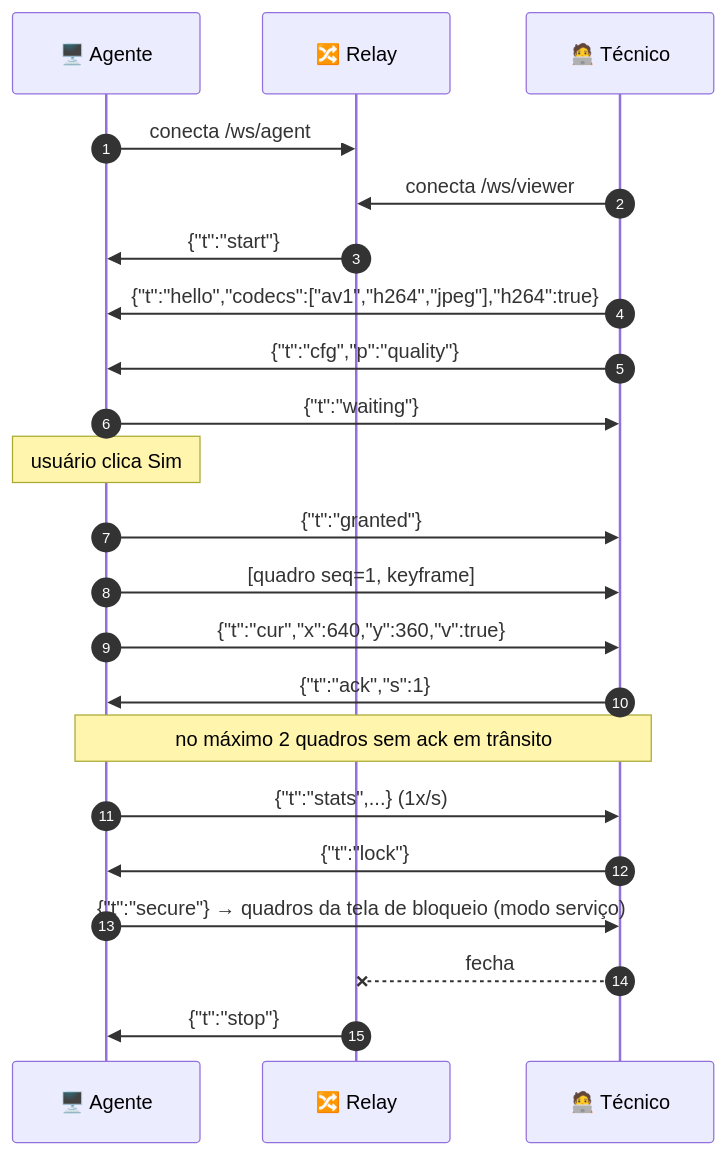
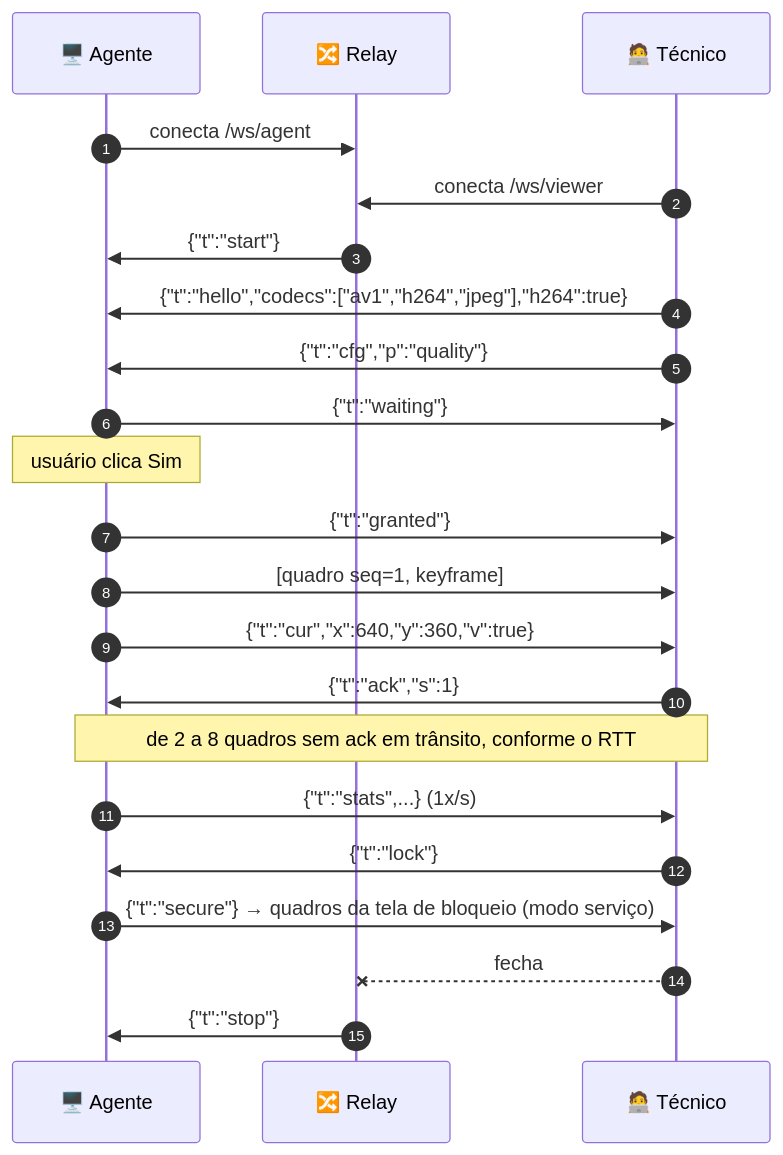
The second of 2 diagrams in docs/PROTOCOLO.md (caetasousa/remoteIT), drawn with Mermaid before and after one commit. The commit also changed other lines of this file and 14 other files, not shown here.

````diff
--- a/docs/PROTOCOLO.md
+++ b/docs/PROTOCOLO.md
@@ -144,24 +144,24 @@
 ```mermaid
 sequenceDiagram
     autonumber
     participant A as 🖥️ Agente
     participant R as 🔀 Relay
     participant T as 🧑‍💻 Técnico
     A->>R: conecta /ws/agent
     T->>R: conecta /ws/viewer
     R->>A: {"t":"start"}
     T->>A: {"t":"hello","codecs":["av1","h264","jpeg"],"h264":true}
     T->>A: {"t":"cfg","p":"quality"}
     A->>T: {"t":"waiting"}
     Note over A: usuário clica Sim
     A->>T: {"t":"granted"}
     A->>T: [quadro seq=1, keyframe]
     A->>T: {"t":"cur","x":640,"y":360,"v":true}
     T->>A: {"t":"ack","s":1}
-    Note over A,T: no máximo 2 quadros sem ack em trânsito
+    Note over A,T: de 2 a 8 quadros sem ack em trânsito, conforme o RTT
     A->>T: {"t":"stats",...} (1x/s)
     T->>A: {"t":"lock"}
     A->>T: {"t":"secure"} → quadros da tela de bloqueio (modo serviço)
     T--xR: fecha
     R->>A: {"t":"stop"}
 ```
````
